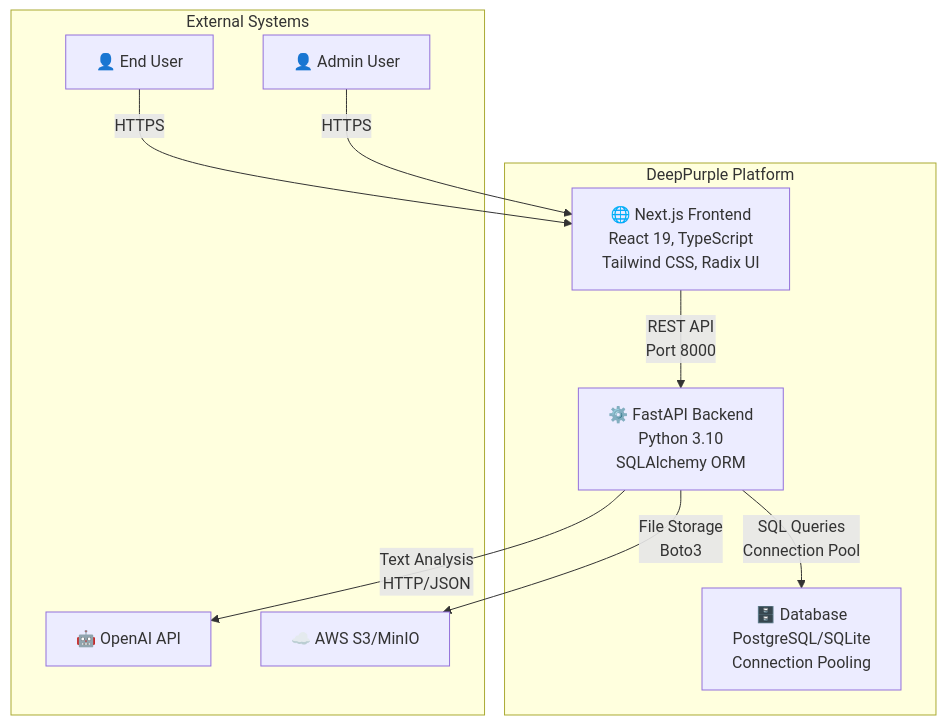
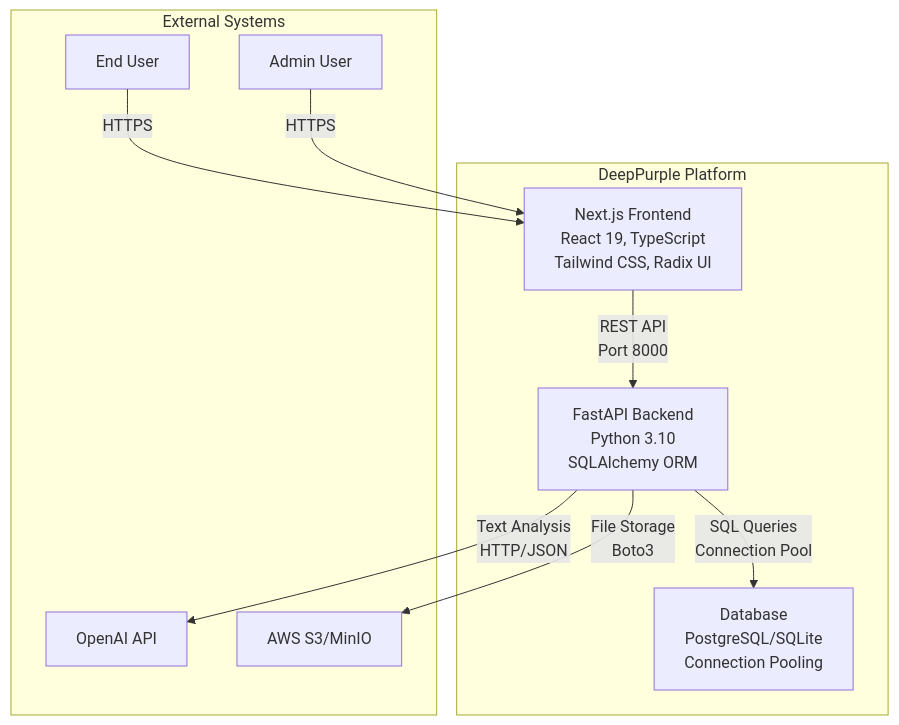
The first of 7 diagrams in readme/README_DIAGRAM.md (akileshjayakumar/deeppurple-fyp-25-s2-05), drawn with Mermaid before and after one commit. The commit also changed other lines of this file, not shown here.

Commit message:
docs: simplify architecture diagrams for better readability

````diff
--- a/readme/README_DIAGRAM.md
+++ b/readme/README_DIAGRAM.md
@@ -11,22 +11,22 @@
 ```mermaid
 graph TB
     subgraph "External Systems"
-        User[👤 End User]
-        Admin[👤 Admin User]
-        OpenAI[🤖 OpenAI API]
-        S3[☁️ AWS S3/MinIO]
+        User["End User"]
+        Admin["Admin User"]
+        OpenAI["OpenAI API"]
+        S3["AWS S3/MinIO"]
     end
 
     subgraph "DeepPurple Platform"
-        Frontend[🌐 Next.js Frontend<br/>React 19, TypeScript<br/>Tailwind CSS, Radix UI]
-        Backend[⚙️ FastAPI Backend<br/>Python 3.10<br/>SQLAlchemy ORM]
-        Database[🗄️ Database<br/>PostgreSQL/SQLite<br/>Connection Pooling]
+        Frontend["Next.js Frontend<br/>React 19, TypeScript<br/>Tailwind CSS, Radix UI"]
+        Backend["FastAPI Backend<br/>Python 3.10<br/>SQLAlchemy ORM"]
+        Database["Database<br/>PostgreSQL/SQLite<br/>Connection Pooling"]
     end
 
     User -->|HTTPS| Frontend
     Admin -->|HTTPS| Frontend
     Frontend -->|REST API<br/>Port 8000| Backend
     Backend -->|SQL Queries<br/>Connection Pool| Database
     Backend -->|File Storage<br/>Boto3| S3
     Backend -->|Text Analysis<br/>HTTP/JSON| OpenAI
 ```
````
